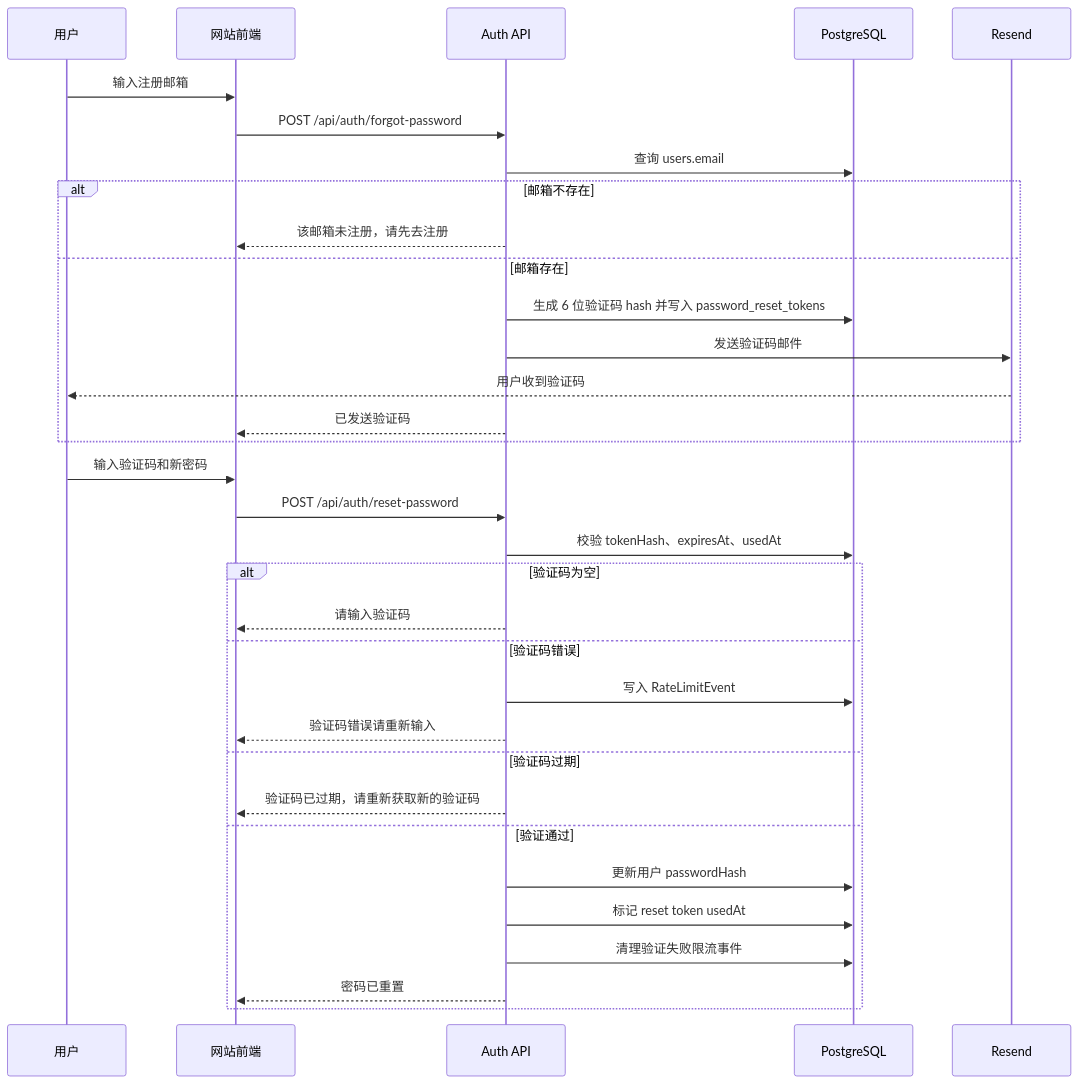
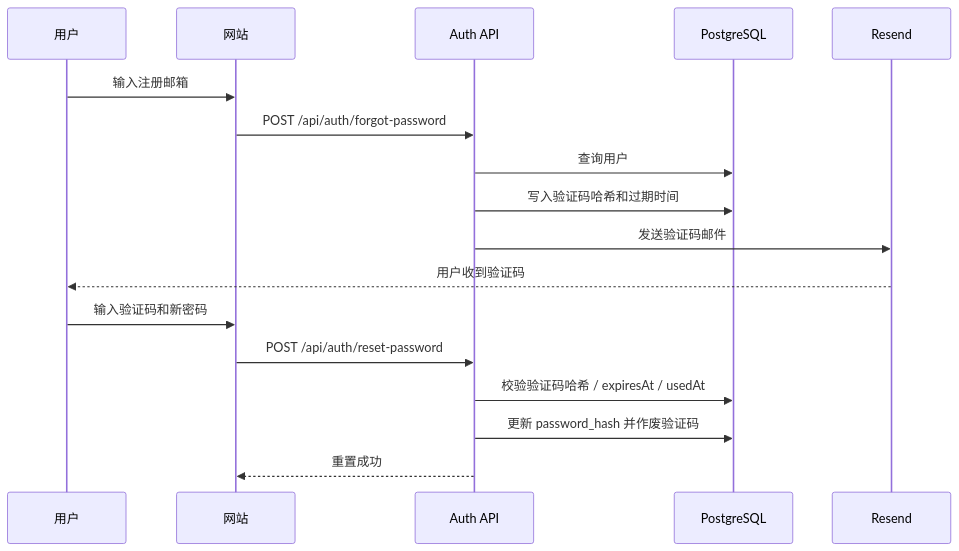
One commit to yan073747/ai-office-toolbox changed the third of 11 diagrams in docs/AI工具箱V2.0完整技术文档.md. Above: the diagram before and after it, drawn with Mermaid. The commit also changed other lines of this file, not shown here.

````diff
--- a/docs/AI工具箱V2.0完整技术文档.md
+++ b/docs/AI工具箱V2.0完整技术文档.md
@@ -412,36 +350,20 @@
 ```mermaid
 sequenceDiagram
   participant U as 用户
-  participant W as 网站前端
-  participant A as Auth API
+  participant Web as 网站
+  participant API as Auth API
   participant DB as PostgreSQL
-  participant R as Resend
+  participant Mail as Resend
 
-  U->>W: 输入注册邮箱
-  W->>A: POST /api/auth/forgot-password
-  A->>DB: 查询 users.email
-  alt 邮箱不存在
-    A-->>W: 该邮箱未注册，请先去注册
-  else 邮箱存在
-    A->>DB: 生成 6 位验证码 hash 并写入 password_reset_tokens
-    A->>R: 发送验证码邮件
-    R-->>U: 用户收到验证码
-    A-->>W: 已发送验证码
-  end
-  U->>W: 输入验证码和新密码
-  W->>A: POST /api/auth/reset-password
-  A->>DB: 校验 tokenHash、expiresAt、usedAt
-  alt 验证码为空
-    A-->>W: 请输入验证码
-  else 验证码错误
-    A->>DB: 写入 RateLimitEvent
-    A-->>W: 验证码错误请重新输入
-  else 验证码过期
-    A-->>W: 验证码已过期，请重新获取新的验证码
-  else 验证通过
-    A->>DB: 更新用户 passwordHash
-    A->>DB: 标记 reset token usedAt
-    A->>DB: 清理验证失败限流事件
-    A-->>W: 密码已重置
-  end
+  U->>Web: 输入注册邮箱
+  Web->>API: POST /api/auth/forgot-password
+  API->>DB: 查询用户
+  API->>DB: 写入验证码哈希和过期时间
+  API->>Mail: 发送验证码邮件
+  Mail-->>U: 用户收到验证码
+  U->>Web: 输入验证码和新密码
+  Web->>API: POST /api/auth/reset-password
+  API->>DB: 校验验证码哈希 / expiresAt / usedAt
+  API->>DB: 更新 password_hash 并作废验证码
+  API-->>Web: 重置成功
 ```
````
